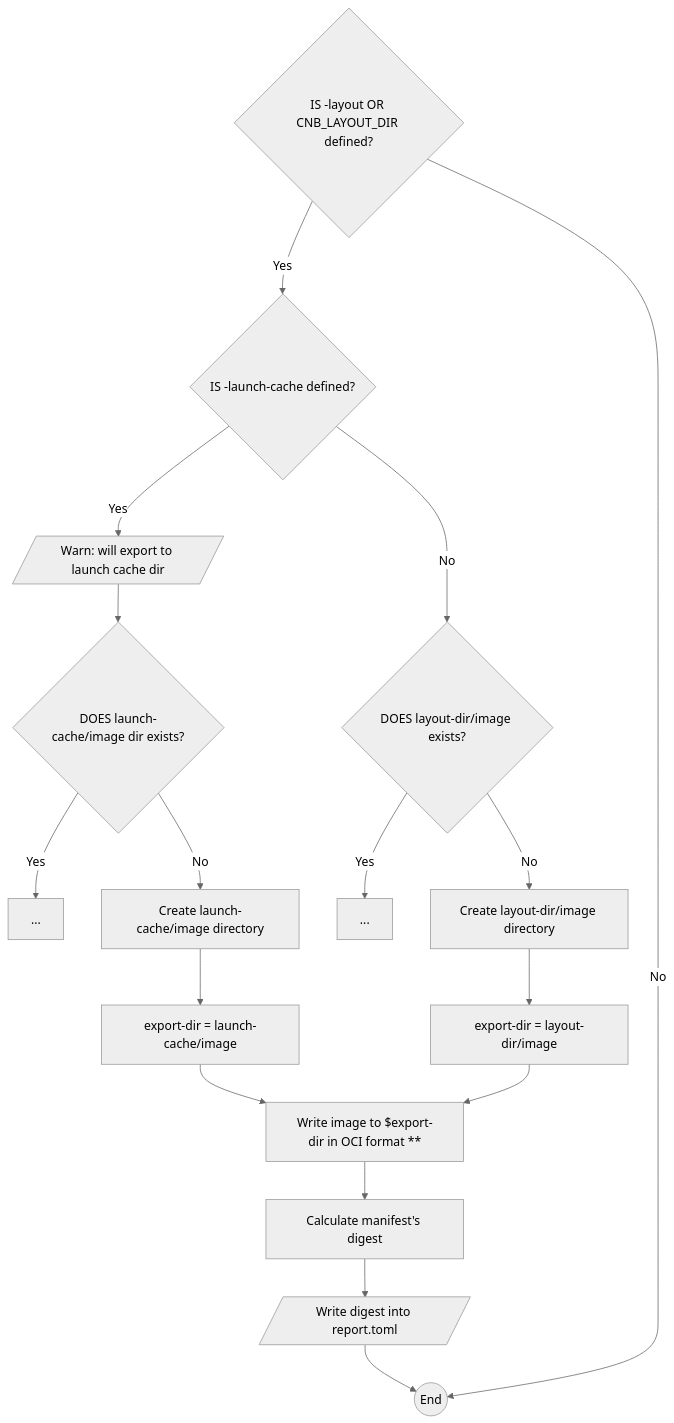
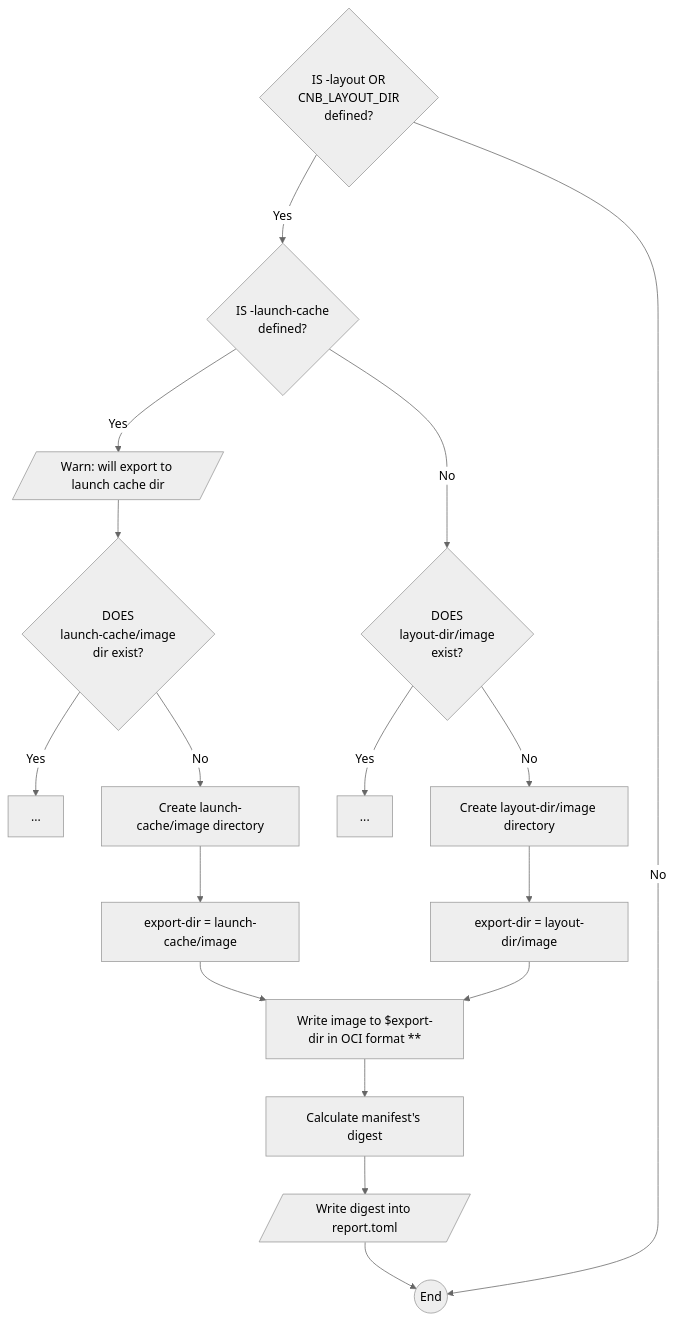
The diagram in text/0000-export-to-oci.md (buildpacks/rfcs), drawn with Mermaid (neutral theme) before and after one commit. The commit also changed other lines of this file, not shown here.

Commit message:
WIP - formating issues

````diff
--- a/text/0000-export-to-oci.md
+++ b/text/0000-export-to-oci.md
@@ -172,22 +171,28 @@
 ```mermaid
 flowchart
-  A{IS -layout OR CNB_LAYOUT_DIR defined?} -->|Yes| B
+  A{"IS -layout OR
+  CNB_LAYOUT_DIR
+  defined?"} -->|Yes| B
   A -->|No| END
-  B{IS -launch-cache defined?} -->|Yes|D
+  B{"IS -launch-cache
+  defined?"} -->|Yes|D
   B -->|No| E
-  E{DOES layout-dir/image exists?} --> |Yes| L
+  E{"DOES
+  layout-dir/image
+  exist?"} --> |Yes| L
   L[...]
   E --> |No| M
   M[Create layout-dir/image directory] --> O[export-dir = layout-dir/image]
   O --> I
   D[/Warn: will export to launch cache dir/] --> F
-  F{DOES launch-cache/image dir exists?} -->|Yes| G
+  F{"DOES
+  launch-cache/image
+  dir exist?"} -->|Yes| G
   G[ ...]
   F -->|No| H
   H[Create launch-cache/image directory] --> N[export-dir = launch-cache/image]
   N --> I[Write image to $export-dir in OCI format **]
   I --> J[Calculate manifest's digest]
   J --> K[/Write digest into report.toml/]
   K -->END((End))
-
 ```
````
